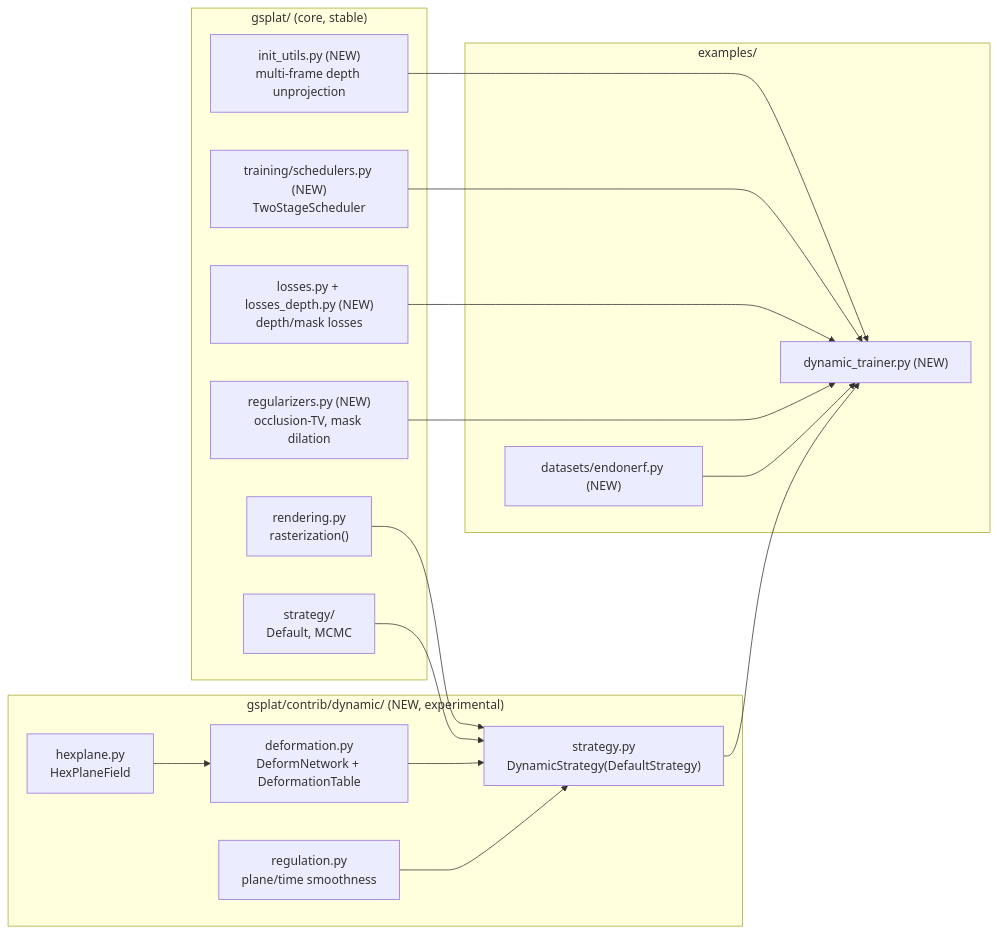
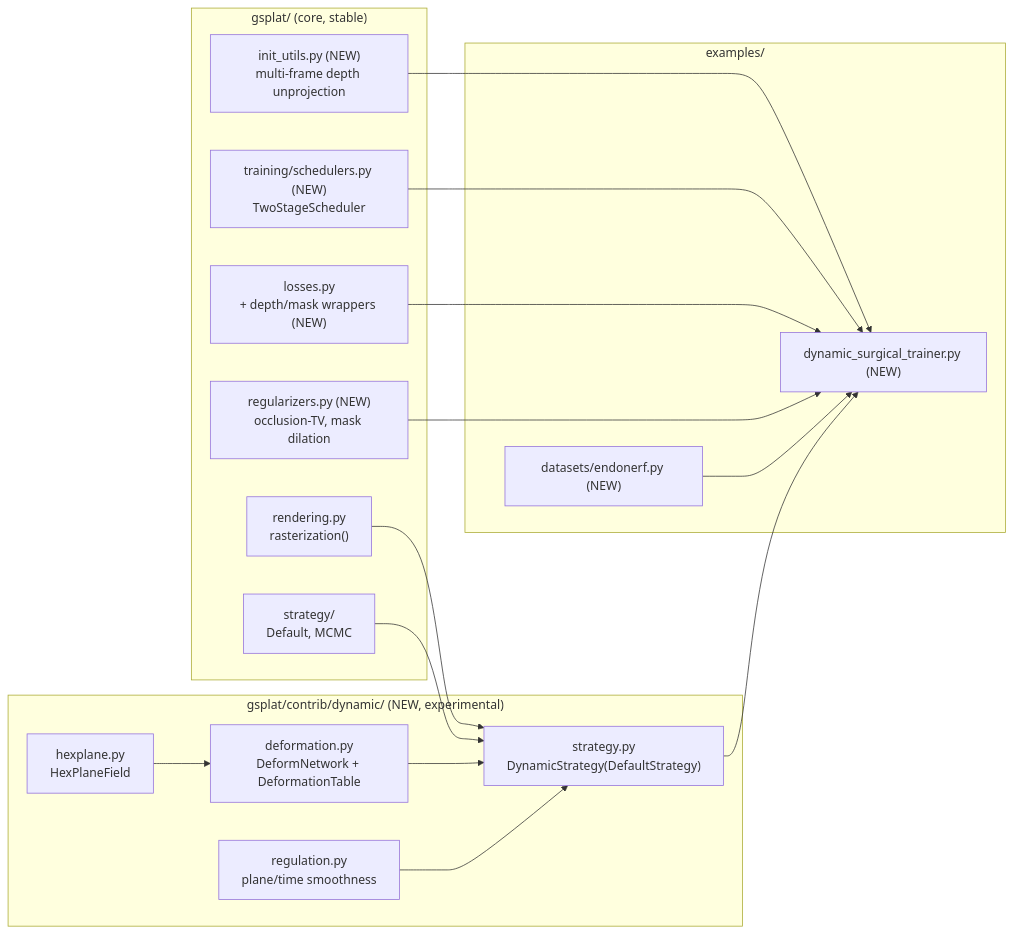
One commit to nerfstudio-project/gsplat changed the diagram in planning/gsharp_gsplat_plan.md. Above: the diagram before and after it, drawn with Mermaid. The commit also changed other lines of this file and 17 other files, not shown here.

````diff
--- a/planning/gsharp_gsplat_plan.md
+++ b/planning/gsharp_gsplat_plan.md
@@ -23,35 +23,35 @@
 ```mermaid
 flowchart LR
   subgraph gsplatCore ["gsplat/ (core, stable)"]
     rendering["rendering.py<br/>rasterization()"]
-    losses["losses.py + losses_depth.py (NEW)<br/>depth/mask losses"]
+    losses["losses.py<br/>+ depth/mask wrappers (NEW)"]
     regs["regularizers.py (NEW)<br/>occlusion-TV, mask dilation"]
     init["init_utils.py (NEW)<br/>multi-frame depth unprojection"]
     sched["training/schedulers.py (NEW)<br/>TwoStageScheduler"]
     strategyDir["strategy/<br/>Default, MCMC"]
   end
 
   subgraph gsplatContrib ["gsplat/contrib/dynamic/ (NEW, experimental)"]
     hex["hexplane.py<br/>HexPlaneField"]
     deform["deformation.py<br/>DeformNetwork + DeformationTable"]
     dynreg["regulation.py<br/>plane/time smoothness"]
     dynstrat["strategy.py<br/>DynamicStrategy(DefaultStrategy)"]
   end
 
   subgraph examplesDir ["examples/"]
     endoDs["datasets/endonerf.py (NEW)"]
-    dynTrain["dynamic_trainer.py (NEW)"]
+    dynTrain["dynamic_surgical_trainer.py (NEW)"]
   end
 
   rendering --> dynstrat
   strategyDir --> dynstrat
   hex --> deform
   deform --> dynstrat
   dynreg --> dynstrat
   init --> dynTrain
   sched --> dynTrain
   losses --> dynTrain
   regs --> dynTrain
   endoDs --> dynTrain
   dynstrat --> dynTrain
 ```
````
